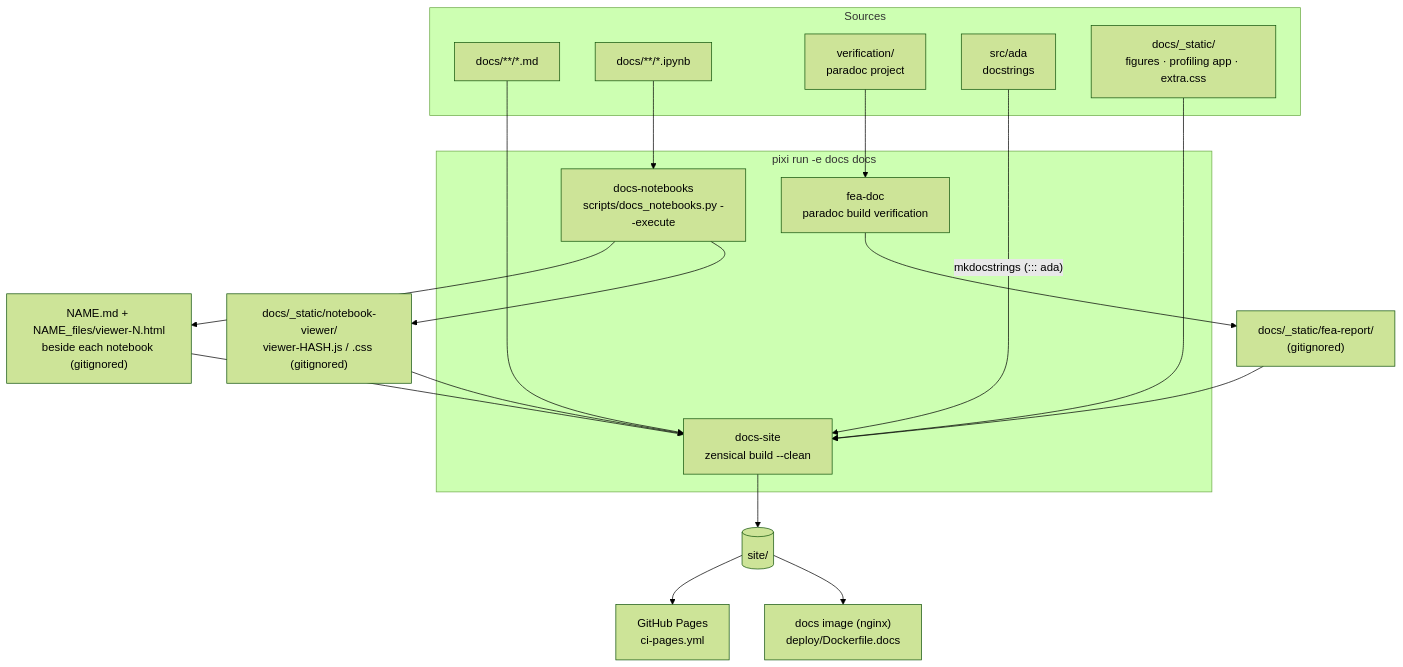
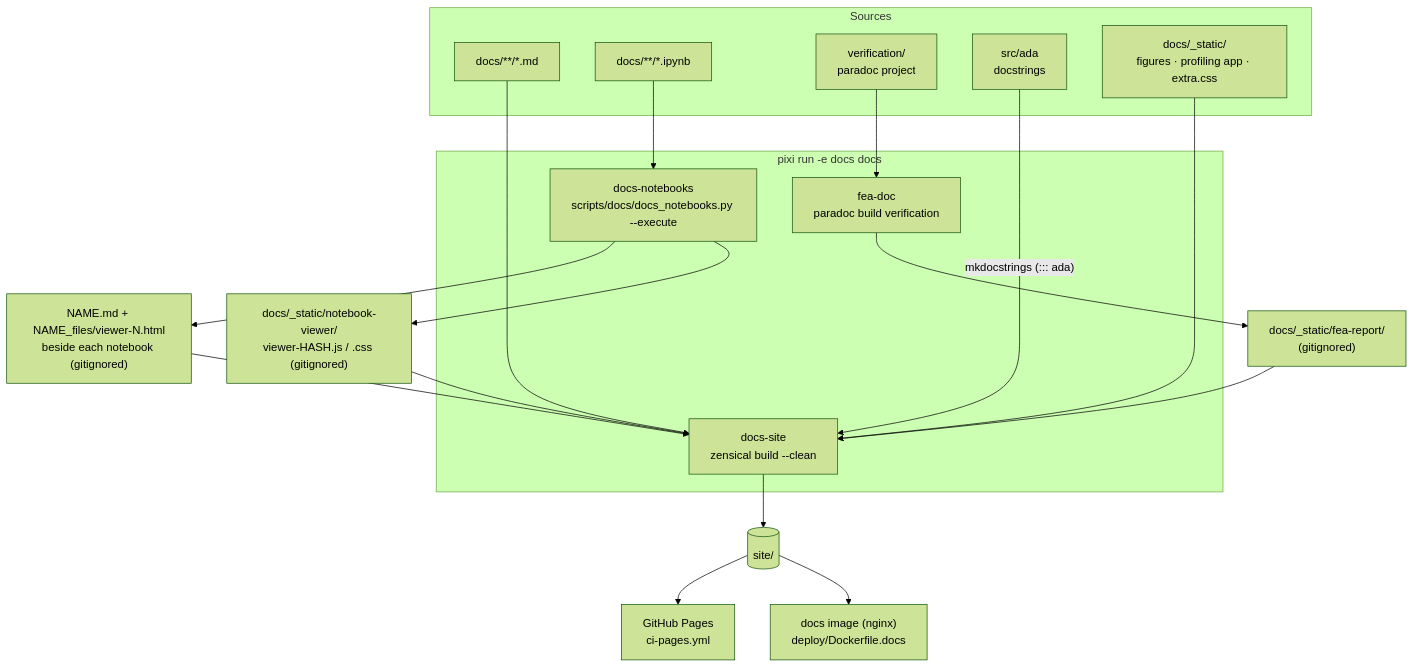
One commit to Krande/adapy changed the first of 2 diagrams in docs/architecture/docs_pipeline.md. Above: the diagram before and after it, drawn with Mermaid (forest theme). The commit also changed other lines of this file and 164 other files, not shown here.

Commit message:
feat: Abaqus results through a versioned SQLite schema, and a repo tidy-up (#441)

````diff
--- a/docs/architecture/docs_pipeline.md
+++ b/docs/architecture/docs_pipeline.md
@@ -7,37 +7,37 @@
 ```mermaid
 flowchart TB
     subgraph src["Sources"]
         MD["docs/**/*.md"]
         NB["docs/**/*.ipynb"]
         VER["verification/<br/>paradoc project"]
         PYSRC["src/ada<br/>docstrings"]
         STATIC["docs/_static/<br/>figures · profiling app · extra.css"]
     end
 
     subgraph steps["pixi run -e docs docs"]
         FEADOC["fea-doc<br/>paradoc build verification"]
-        NBCONV["docs-notebooks<br/>scripts/docs_notebooks.py --execute"]
+        NBCONV["docs-notebooks<br/>scripts/docs/docs_notebooks.py --execute"]
         ZEN["docs-site<br/>zensical build --clean"]
     end
 
     REPORT["docs/_static/fea-report/<br/>(gitignored)"]
     NBMD["NAME.md + NAME_files/viewer-N.html<br/>beside each notebook (gitignored)"]
     BUNDLE["docs/_static/notebook-viewer/<br/>viewer-HASH.js / .css (gitignored)"]
     SITE[("site/")]
 
     VER --> FEADOC --> REPORT
     NB --> NBCONV --> NBMD
     NBCONV --> BUNDLE
     MD & NBMD & STATIC & REPORT & BUNDLE --> ZEN
     PYSRC -- "mkdocstrings (::: ada)" --> ZEN
     ZEN --> SITE
     SITE --> GH["GitHub Pages<br/>ci-pages.yml"]
     SITE --> IMG["docs image (nginx)<br/>deploy/Dockerfile.docs"]
 
     click VER href "https://github.com/Krande/adapy/tree/main/verification" "The paradoc report project"
     click FEADOC href "fea/verification/" "The FEA verification report"
-    click NBCONV href "https://github.com/Krande/adapy/blob/main/scripts/docs_notebooks.py" "Notebook execution and conversion"
+    click NBCONV href "https://github.com/Krande/adapy/blob/main/scripts/docs/docs_notebooks.py" "Notebook execution and conversion"
     click ZEN href "https://github.com/Krande/adapy/blob/main/zensical.toml" "Site configuration"
     click GH href "https://github.com/Krande/adapy/blob/main/.github/workflows/ci-pages.yml" "GitHub Pages workflow"
     click IMG href "https://github.com/Krande/adapy/blob/main/deploy/Dockerfile.docs" "Docs image"
 ```
````
